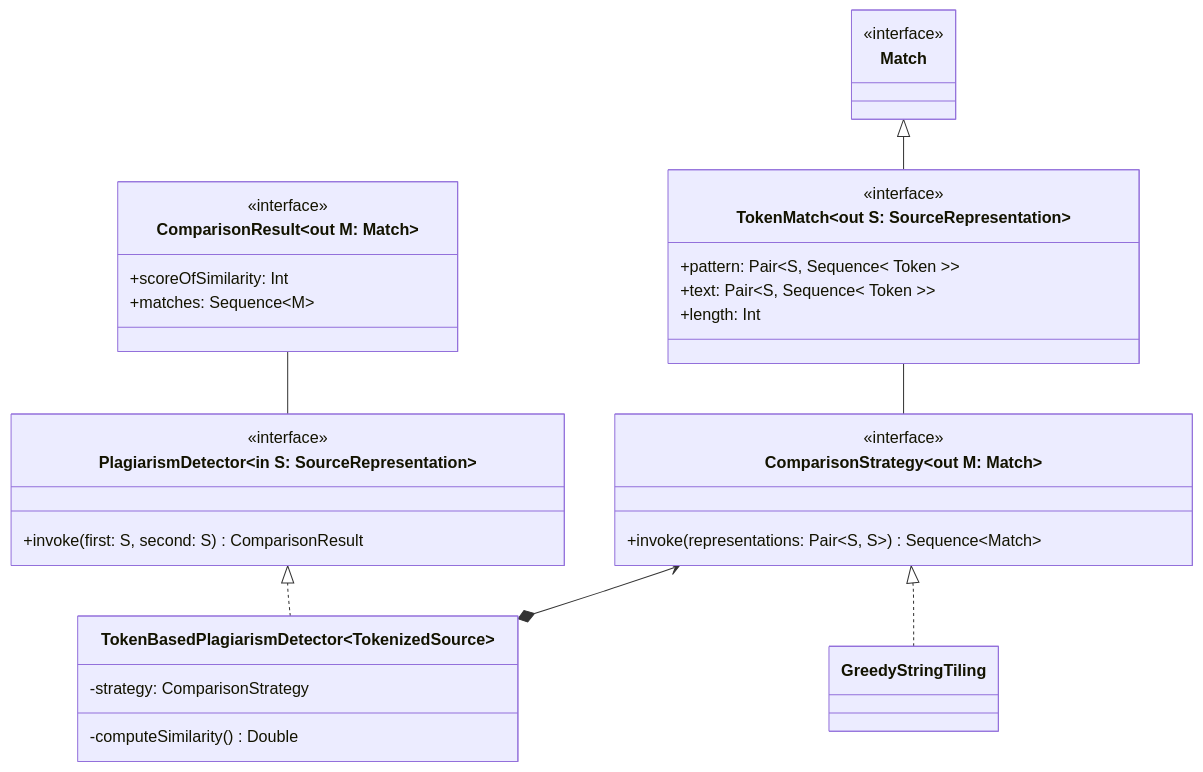
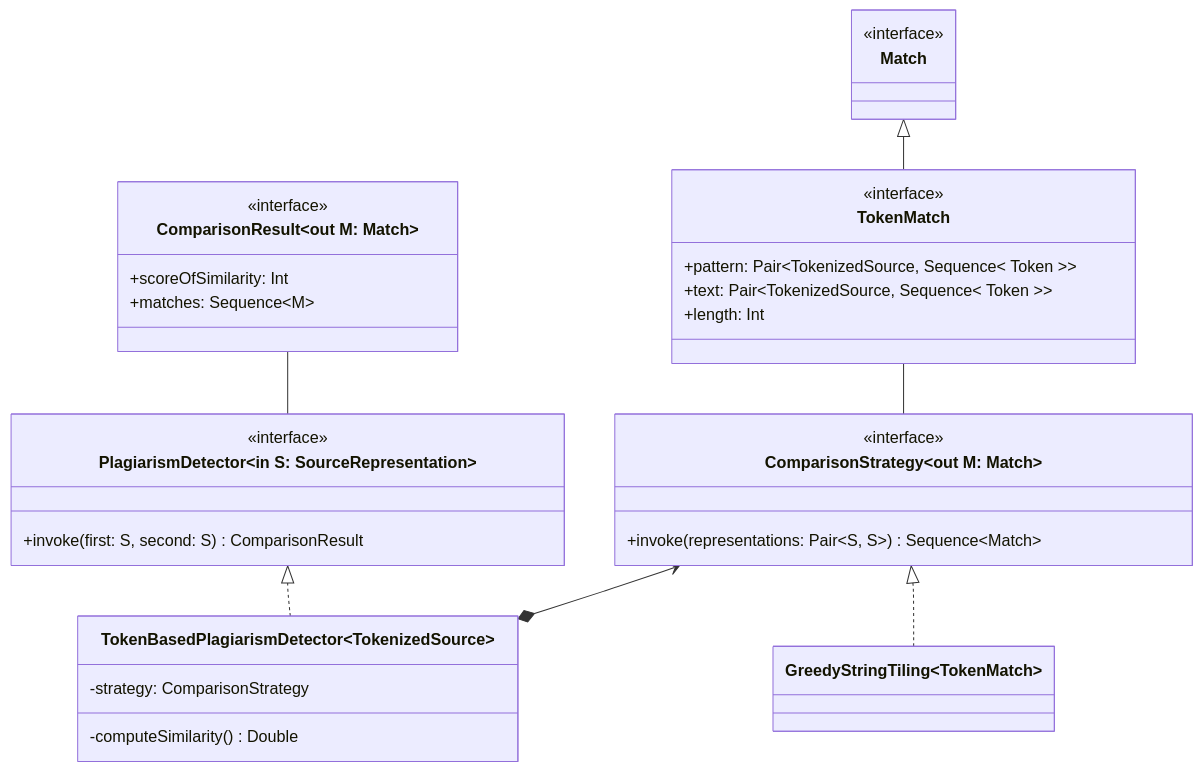
One commit to tassiLuca/code-plagiarism-detector-doc changed the tenth of 12 diagrams in doc.md. Above: the diagram before and after it, drawn with Mermaid. The commit also changed other lines of this file, not shown here.

````diff
--- a/doc.md
+++ b/doc.md
@@ -399,42 +401,42 @@
 ```mermaid 
 classDiagram
     direction BT
     class PlagiarismDetector~in S: SourceRepresentation~ {
         <<interface>>
         +invoke(first: S, second: S) ComparisonResult
     }
 
     class ComparisonResult~out M: Match~ {
         <<interface>>
         +scoreOfSimilarity: Int
         +matches: Sequence~M~
     }
     PlagiarismDetector -- ComparisonResult
 
     class TokenBasedPlagiarismDetector~TokenizedSource~ {
         -strategy: ComparisonStrategy
         -computeSimilarity() Double
     }
     TokenBasedPlagiarismDetector ..|> PlagiarismDetector
 
     class ComparisonStrategy~out M: Match~ {
         <<interface>>
         +invoke(representations: Pair~S, S~) Sequence~Match~
     }
     TokenBasedPlagiarismDetector *--> ComparisonStrategy
 
-    GreedyStringTiling ..|> ComparisonStrategy
+    GreedyStringTiling~TokenMatch~ ..|> ComparisonStrategy
 
     class Match {
         <<interface>>
     }
     
-    class TokenMatch~out S: SourceRepresentation~ {
+    class TokenMatch {
         <<interface>>
-        +pattern: Pair~S, Sequence< Token >~
-        +text: Pair~S, Sequence< Token >~
+        +pattern: Pair~TokenizedSource, Sequence< Token >~
+        +text: Pair~TokenizedSource, Sequence< Token >~
         +length: Int
     }
     TokenMatch --|> Match
     ComparisonStrategy -- TokenMatch
 ```
````
